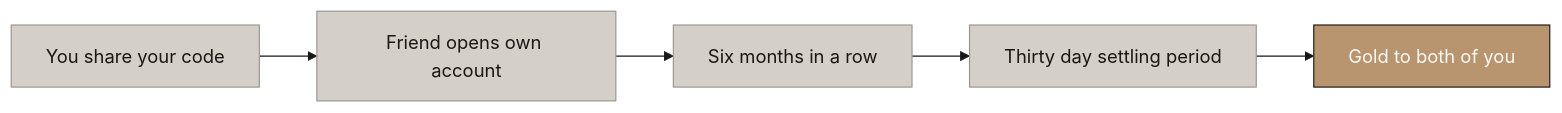
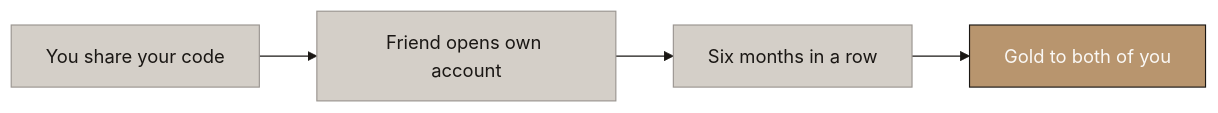
Before and after one commit to Abdsys/Aurumix: the first of 4 diagrams in deliverables/2-mechanism-design/Aurumix_Process_Maps_Referrals.md, drawn with Mermaid. The commit also changed other lines of this file and 1 other file, not shown here.

First line of the commit message:
Remove the 30-day settling period: the hole it closed does not exist

````diff
--- a/deliverables/2-mechanism-design/Aurumix_Process_Maps_Referrals.md
+++ b/deliverables/2-mechanism-design/Aurumix_Process_Maps_Referrals.md
@@ -46,25 +46,23 @@
 ```mermaid
 %%{init: {'theme': 'base', 'themeVariables': {
     'primaryColor': '#B8956E',
     'primaryTextColor': '#1A1714',
     'primaryBorderColor': '#1A1714',
     'lineColor': '#1A1714',
     'secondaryColor': '#FAF8F5',
     'tertiaryColor': '#D4CFC8',
     'fontFamily': 'Libre Franklin, sans-serif',
     'edgeLabelBackground': '#D4CFC8',
     'clusterBkg': '#FAF8F5',
     'clusterBorder': '#B8956E'
 }}}%%
 graph LR
     A["You share your code"] --> B["Friend opens own account"]
     B --> C["Six months in a row"]
-    C --> D["Thirty day settling period"]
-    D --> E["Gold to both of you"]
+    C --> D["Gold to both of you"]
 
     style A fill:#D4CFC8,stroke:#9A9590,color:#1A1714
     style B fill:#D4CFC8,stroke:#9A9590,color:#1A1714
     style C fill:#D4CFC8,stroke:#9A9590,color:#1A1714
-    style D fill:#D4CFC8,stroke:#9A9590,color:#1A1714
-    style E fill:#B8956E,stroke:#1A1714,color:#FAF8F5
+    style D fill:#B8956E,stroke:#1A1714,color:#FAF8F5
 ```
````
